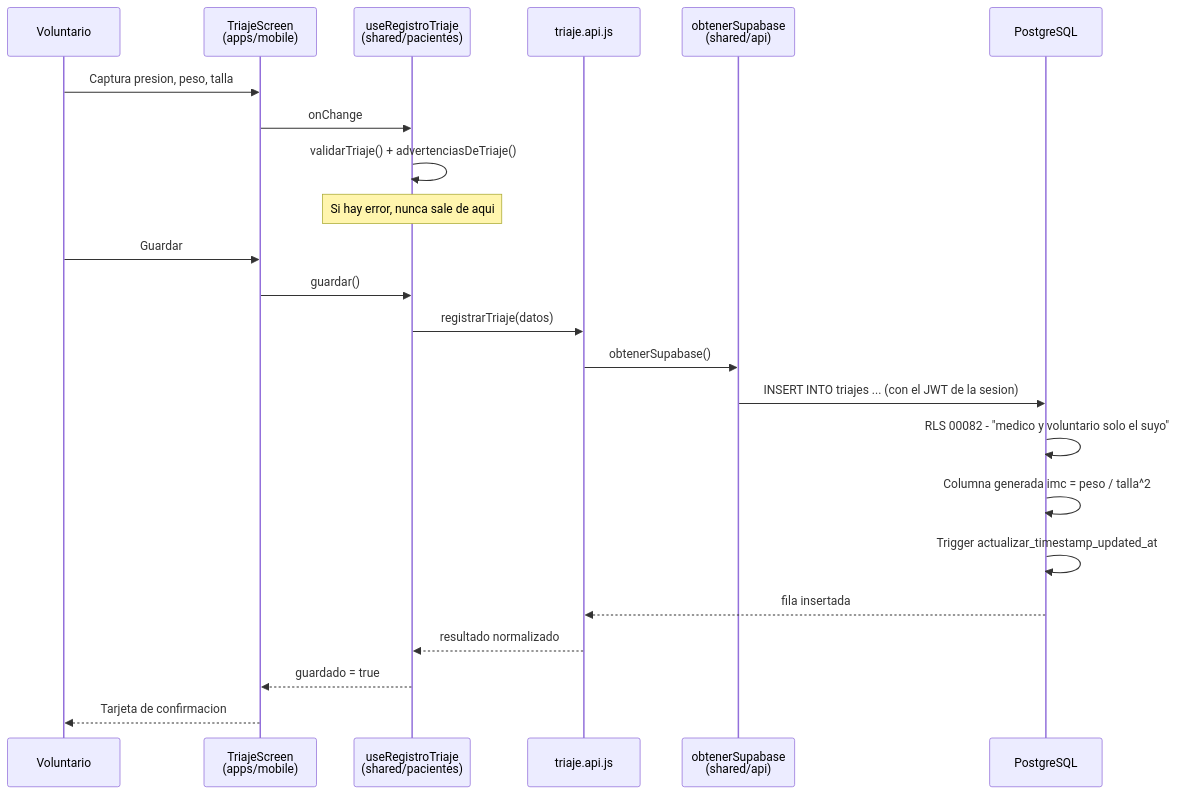
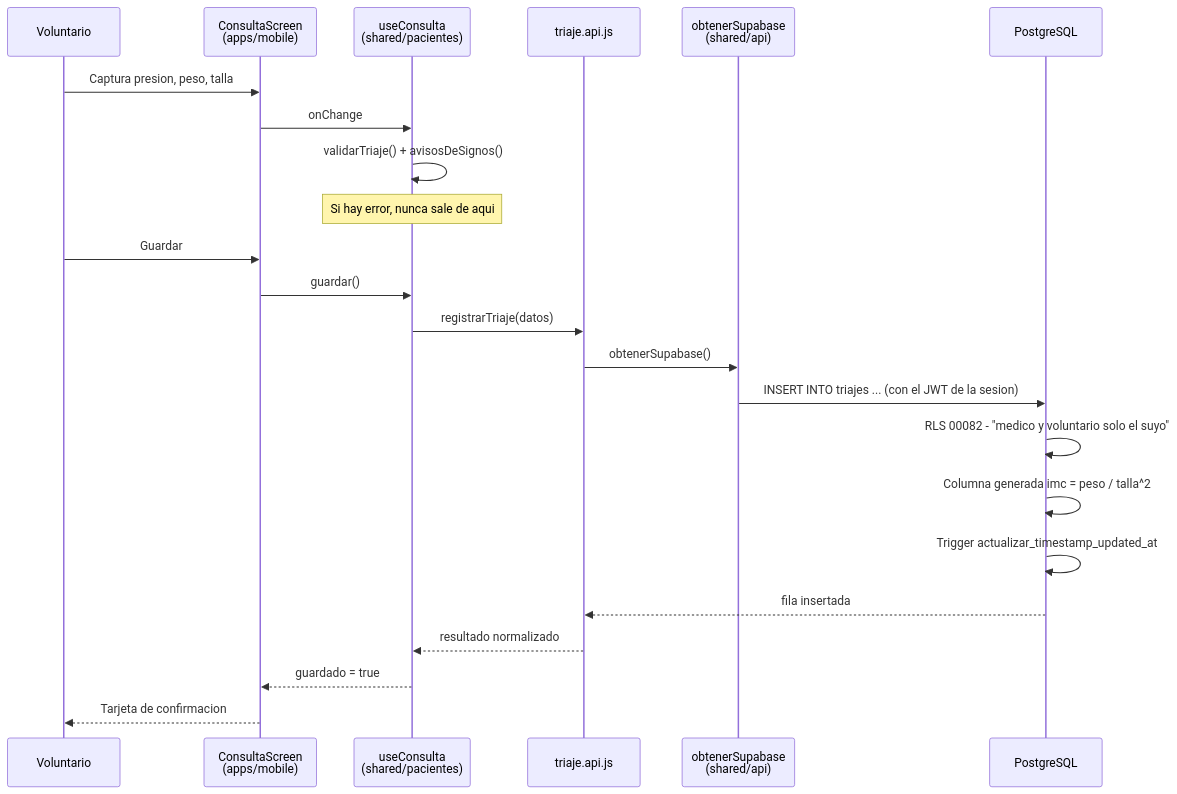
Before and after one commit to URL-ECOPAC/Ecopac-Digital: the third of 4 diagrams in docs/ARQUITECTURA.md, drawn with Mermaid. The commit also changed other lines of this file and 80 other files, not shown here.

First line of the commit message:
feat(pacientes): la consulta como unidad del historial, con signos vitales opcionales

````diff
--- a/docs/ARQUITECTURA.md
+++ b/docs/ARQUITECTURA.md
@@ -170,26 +171,26 @@
 ```mermaid
 sequenceDiagram
     participant V as Voluntario
-    participant S as TriajeScreen<br/>(apps/mobile)
-    participant H as useRegistroTriaje<br/>(shared/pacientes)
+    participant S as ConsultaScreen<br/>(apps/mobile)
+    participant H as useConsulta<br/>(shared/pacientes)
     participant A as triaje.api.js
     participant C as obtenerSupabase<br/>(shared/api)
     participant DB as PostgreSQL
 
     V->>S: Captura presion, peso, talla
     S->>H: onChange
-    H->>H: validarTriaje() + advertenciasDeTriaje()
+    H->>H: validarTriaje() + avisosDeSignos()
     Note over H: Si hay error, nunca sale de aqui
     V->>S: Guardar
     S->>H: guardar()
     H->>A: registrarTriaje(datos)
     A->>C: obtenerSupabase()
     C->>DB: INSERT INTO triajes ... (con el JWT de la sesion)
     DB->>DB: RLS 00082 - "medico y voluntario solo el suyo"
     DB->>DB: Columna generada imc = peso / talla^2
     DB->>DB: Trigger actualizar_timestamp_updated_at
     DB-->>A: fila insertada
     A-->>H: resultado normalizado
     H-->>S: guardado = true
     S-->>V: Tarjeta de confirmacion
 ```
````
